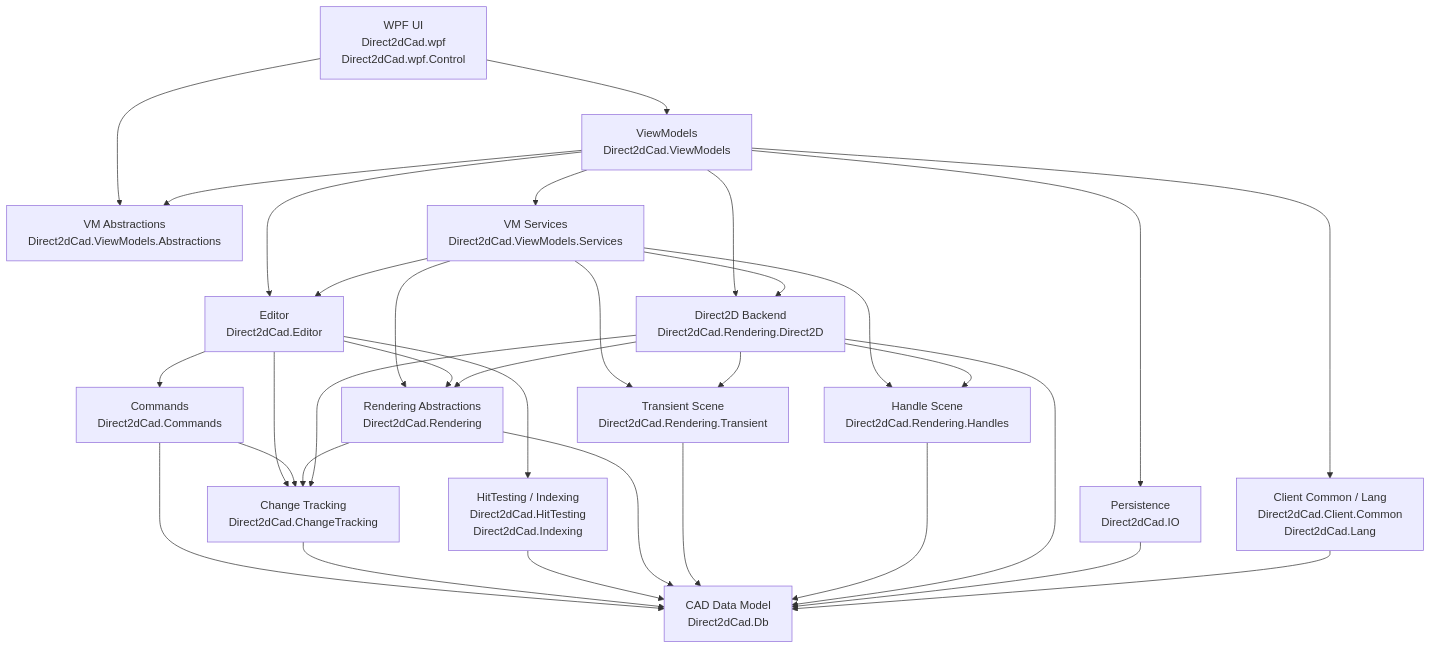
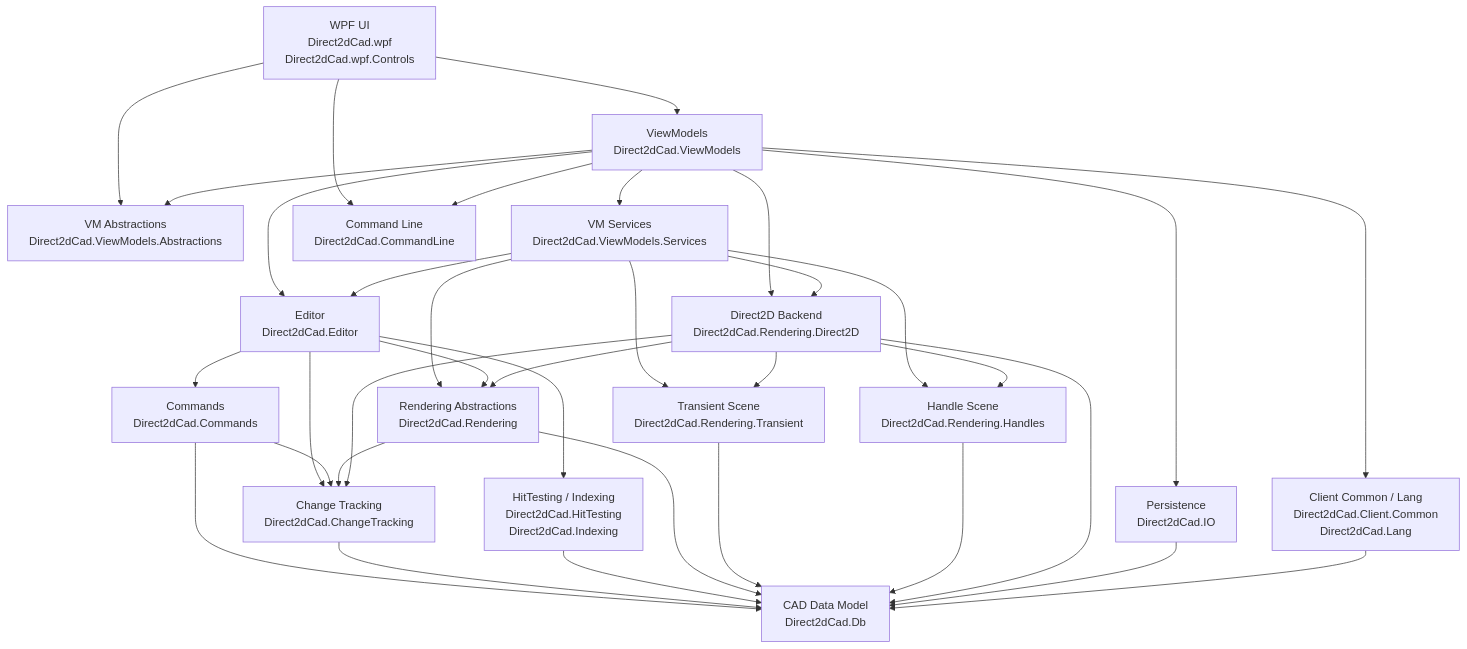
Before and after one commit to yoi102/Direct2dCad: the diagram in README.md, drawn with Mermaid. The commit also changed other lines of this file and 30 other files, not shown here.

````diff
--- a/README.md
+++ b/README.md
@@ -60,51 +61,54 @@
 ```mermaid
 flowchart TD
-    UI["WPF UI<br/>Direct2dCad.wpf<br/>Direct2dCad.wpf.Control"]
+    UI["WPF UI<br/>Direct2dCad.wpf<br/>Direct2dCad.wpf.Controls"]
     VMAbs["VM Abstractions<br/>Direct2dCad.ViewModels.Abstractions"]
     VMServices["VM Services<br/>Direct2dCad.ViewModels.Services"]
     VM["ViewModels<br/>Direct2dCad.ViewModels"]
     Client["Client Common / Lang<br/>Direct2dCad.Client.Common<br/>Direct2dCad.Lang"]
     Editor["Editor<br/>Direct2dCad.Editor"]
     Commands["Commands<br/>Direct2dCad.Commands"]
+    CommandLine["Command Line<br/>Direct2dCad.CommandLine"]
     ChangeTracking["Change Tracking<br/>Direct2dCad.ChangeTracking"]
     Db["CAD Data Model<br/>Direct2dCad.Db"]
     Query["HitTesting / Indexing<br/>Direct2dCad.HitTesting<br/>Direct2dCad.Indexing"]
     Rendering["Rendering Abstractions<br/>Direct2dCad.Rendering"]
     Transient["Transient Scene<br/>Direct2dCad.Rendering.Transient"]
     Handles["Handle Scene<br/>Direct2dCad.Rendering.Handles"]
     Direct2D["Direct2D Backend<br/>Direct2dCad.Rendering.Direct2D"]
     IO["Persistence<br/>Direct2dCad.IO"]
 
     UI --> VM
     UI --> VMAbs
+    UI --> CommandLine
     VM --> VMAbs
+    VM --> CommandLine
     VM --> VMServices
     VM --> Client
     VM --> Editor
     VM --> IO
     VM --> Direct2D
     VMServices --> Editor
     VMServices --> Rendering
     VMServices --> Direct2D
     VMServices --> Handles
     VMServices --> Transient
     Editor --> Commands
     Editor --> ChangeTracking
     Editor --> Query
     Editor --> Rendering
     Commands --> ChangeTracking
     Commands --> Db
     ChangeTracking --> Db
     Query --> Db
     Rendering --> ChangeTracking
     Rendering --> Db
     Transient --> Db
     Handles --> Db
     Direct2D --> Rendering
     Direct2D --> Handles
     Direct2D --> Transient
     Direct2D --> ChangeTracking
     Direct2D --> Db
     IO --> Db
     Client --> Db
 ```
````
